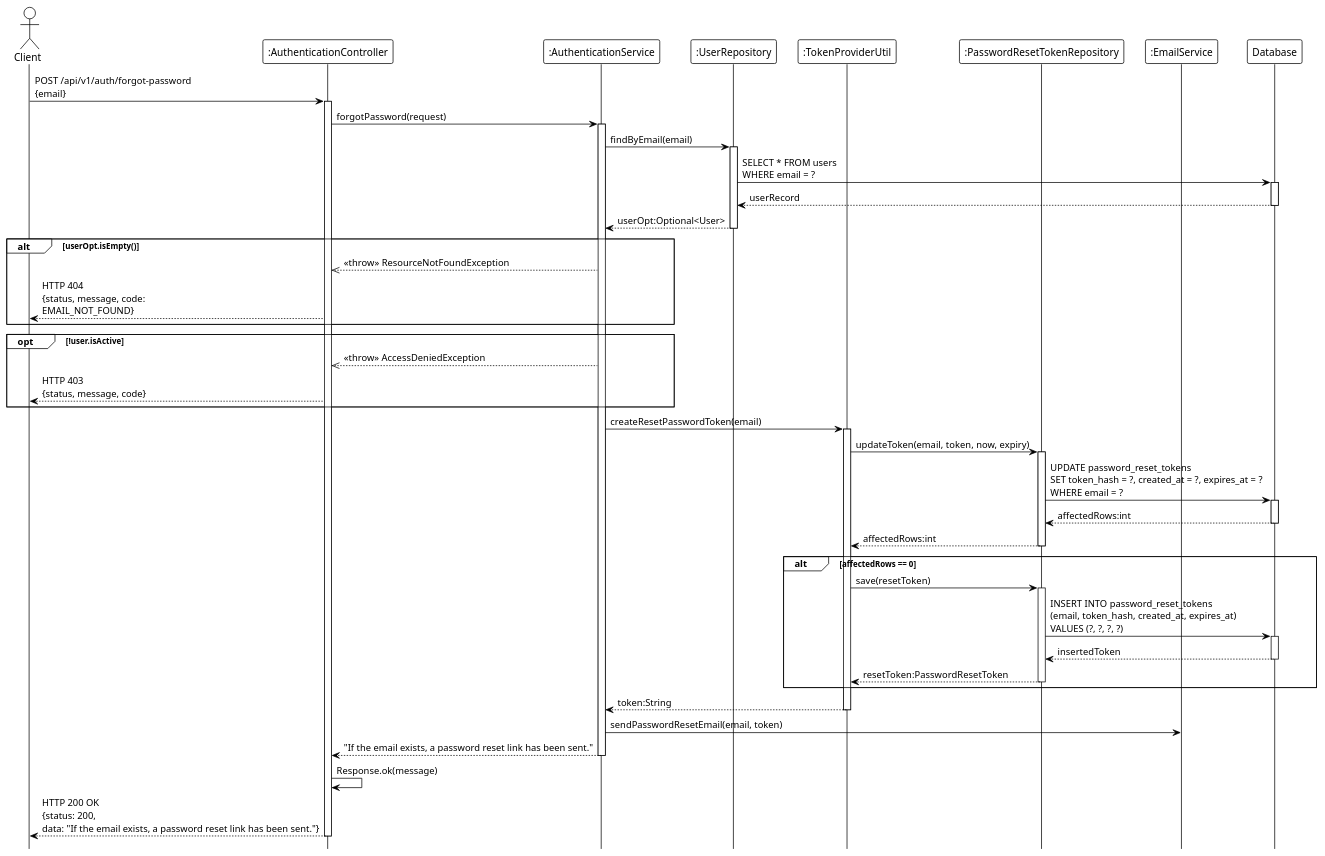
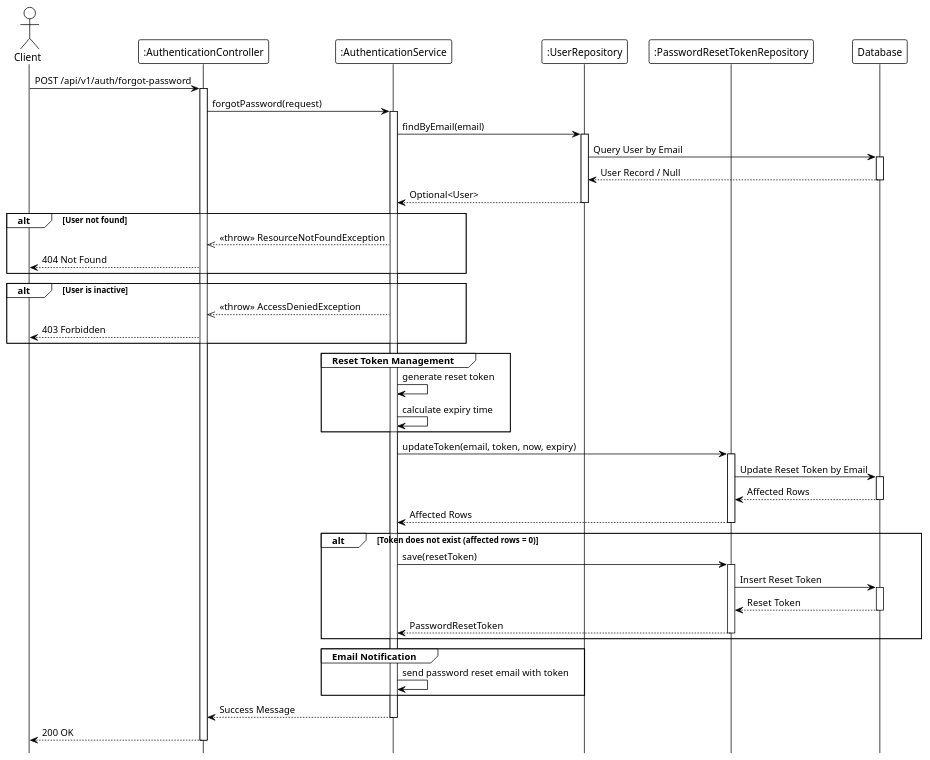
Before and after one commit to Ndh474/context: the diagram in system_detailed_design/04_forgot_password/sequence_diagram_forgot_password.puml, drawn with PlantUML. The commit also changed 6 other files, not shown here.

Commit message:
refactor(diagrams): standardize diagram names and improve class/sequence diagrams for authentication flows

```diff
--- a/system_detailed_design/04_forgot_password/sequence_diagram_forgot_password.puml
+++ b/system_detailed_design/04_forgot_password/sequence_diagram_forgot_password.puml
@@ -1,80 +1,83 @@
-@startuml Forgot Password
+@startuml forgot_password
 !theme plain
 hide footbox
 
 actor Client
 participant ":AuthenticationController" as Controller
 participant ":AuthenticationService" as Service
 participant ":UserRepository" as UserRepo
-participant ":TokenProviderUtil" as TokenUtil
 participant ":PasswordResetTokenRepository" as TokenRepo
-participant ":EmailService" as EmailService
 participant "Database" as DB
 
-Client -> Controller: POST /api/v1/auth/forgot-password\n{email}
+' --- MAIN FLOW ---
+Client -> Controller: POST /api/v1/auth/forgot-password
 activate Controller
 
 Controller -> Service: forgotPassword(request)
 activate Service
 
+' --- USER LOOKUP ---
 Service -> UserRepo: findByEmail(email)
 activate UserRepo
 
-UserRepo -> DB: SELECT * FROM users\nWHERE email = ?
+UserRepo -> DB: Query User by Email
 activate DB
-DB --> UserRepo: userRecord
+DB --> UserRepo: User Record / Null
 deactivate DB
 
-UserRepo --> Service: userOpt:Optional<User>
+UserRepo --> Service: Optional<User>
 deactivate UserRepo
 
-alt userOpt.isEmpty()
+' --- VALIDATION LOGIC ---
+alt User not found
     Service -->> Controller: <<throw>> ResourceNotFoundException
-    Controller --> Client: HTTP 404\n{status, message, code:\nEMAIL_NOT_FOUND}
+    Controller --> Client: 404 Not Found
 end
 
-opt !user.isActive
+alt User is inactive
     Service -->> Controller: <<throw>> AccessDeniedException
-    Controller --> Client: HTTP 403\n{status, message, code}
+    Controller --> Client: 403 Forbidden
 end
 
-Service -> TokenUtil: createResetPasswordToken(email)
-activate TokenUtil
+' --- TOKEN GENERATION & STORAGE ---
+group Reset Token Management
+    Service -> Service: generate reset token
+    Service -> Service: calculate expiry time
+end
 
-TokenUtil -> TokenRepo: updateToken(email, token, now, expiry)
+Service -> TokenRepo: updateToken(email, token, now, expiry)
 activate TokenRepo
 
-TokenRepo -> DB: UPDATE password_reset_tokens\nSET token_hash = ?, created_at = ?, expires_at = ?\nWHERE email = ?
+TokenRepo -> DB: Update Reset Token by Email
 activate DB
-DB --> TokenRepo: affectedRows:int
+DB --> TokenRepo: Affected Rows
 deactivate DB
 
-TokenRepo --> TokenUtil: affectedRows:int
+TokenRepo --> Service: Affected Rows
 deactivate TokenRepo
 
-alt affectedRows == 0
-    TokenUtil -> TokenRepo: save(resetToken)
+alt Token does not exist (affected rows = 0)
+    Service -> TokenRepo: save(resetToken)
     activate TokenRepo
 
-    TokenRepo -> DB: INSERT INTO password_reset_tokens\n(email, token_hash, created_at, expires_at)\nVALUES (?, ?, ?, ?)
+    TokenRepo -> DB: Insert Reset Token
     activate DB
-    DB --> TokenRepo: insertedToken
+    DB --> TokenRepo: Reset Token
     deactivate DB
 
-    TokenRepo --> TokenUtil: resetToken:PasswordResetToken
+    TokenRepo --> Service: PasswordResetToken
     deactivate TokenRepo
 end
 
-TokenUtil --> Service: token:String
-deactivate TokenUtil
+' --- SEND EMAIL ---
+group Email Notification
+    Service -> Service: send password reset email with token
+end
 
-Service -> EmailService: sendPasswordResetEmail(email, token)
-
-Service --> Controller: "If the email exists, a password reset link has been sent."
+Service --> Controller: Success Message
 deactivate Service
 
-Controller -> Controller: Response.ok(message)
-Controller --> Client: HTTP 200 OK\n{status: 200,\ndata: "If the email exists, a password reset link has been sent."}
+Controller --> Client: 200 OK
 deactivate Controller
 
 @enduml
```
